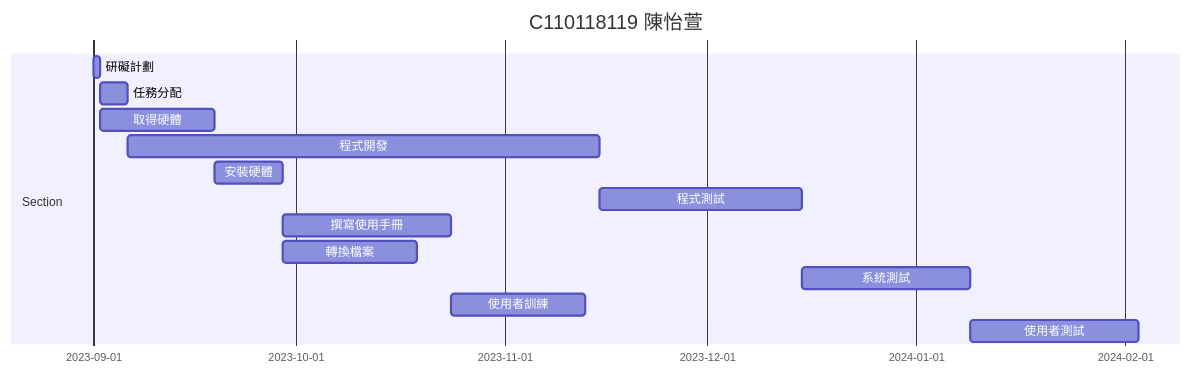
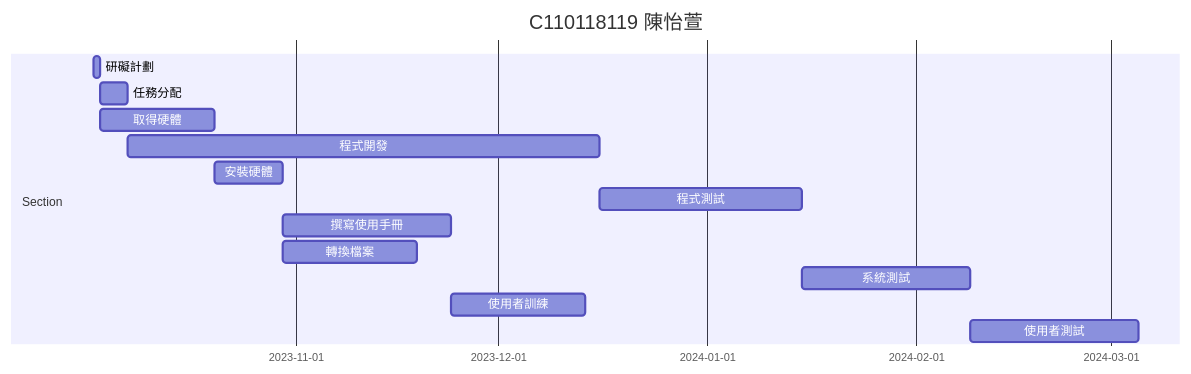
Before and after one commit to syuan1117/C110118119: the diagram in 1002hw2.md, drawn with Mermaid. The commit also changed other lines of this file, not shown here.

````diff
--- a/1002hw2.md
+++ b/1002hw2.md
@@ -17,18 +3,18 @@
 ```mermaid
 gantt
     title C110118119 陳怡萱 
 
     section Section
-    研礙計劃:a1,2023-09-01,1d
+    研礙計劃:a1,2023-10-02,1d
     任務分配:a2,after a1,4d
     取得硬體:a3,after a1,17d
     程式開發:a4,after a2,70d
     安裝硬體:a5,after a3,10d
     程式測試:a6,after a4,30d
     撰寫使用手冊:a7,after a5,25d
     轉換檔案:a8,after a5,20d
     系統測試:a9,after a6,25d
     使用者訓練:a10,after a7,20d
     使用者測試:a11,after a9,25d
 
 ```
````
